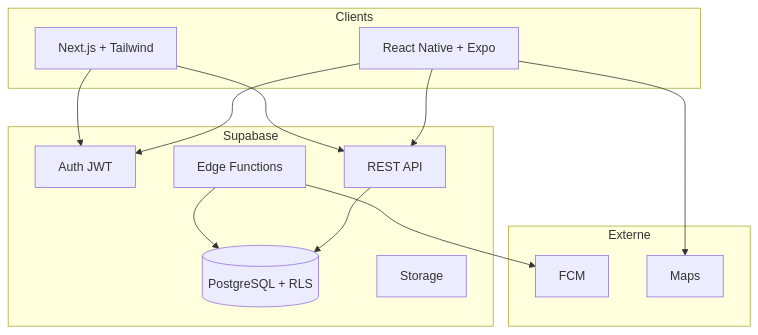
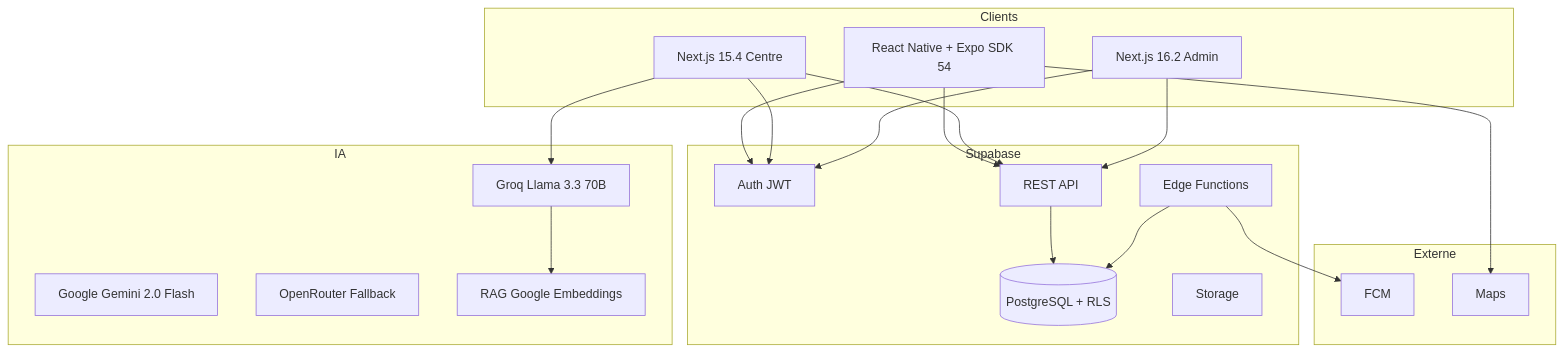
The second of 5 diagrams in docs/CAHIER_DES_CHARGES_V2.md (senmos26/bloodlink), drawn with Mermaid before and after one commit. The commit also changed other lines of this file and 22 other files, not shown here.

````diff
--- a/docs/CAHIER_DES_CHARGES_V2.md
+++ b/docs/CAHIER_DES_CHARGES_V2.md
@@ -232,26 +250,37 @@
 ```mermaid
 graph TB
     subgraph Clients
-        Mobile[React Native + Expo]
-        Web[Next.js + Tailwind]
+        Mobile[React Native + Expo SDK 54]
+        CenterWeb[Next.js 15.4 Centre]
+        AdminWeb[Next.js 16.2 Admin]
     end
     subgraph Supabase
         Auth[Auth JWT]
         DB[(PostgreSQL + RLS)]
         API[REST API]
         EF[Edge Functions]
         Storage[Storage]
     end
+    subgraph IA
+        Groq[Groq Llama 3.3 70B]
+        Gemini[Google Gemini 2.0 Flash]
+        OpenRouter[OpenRouter Fallback]
+        RAG[RAG Google Embeddings]
+    end
     subgraph Externe
         FCM[FCM]
         Maps[Maps]
     end
     Mobile --> API
     Mobile --> Auth
-    Web --> API
-    Web --> Auth
+    CenterWeb --> API
+    CenterWeb --> Auth
+    CenterWeb --> Groq
+    AdminWeb --> API
+    AdminWeb --> Auth
     API --> DB
     EF --> DB
     EF --> FCM
     Mobile --> Maps
+    Groq --> RAG
 ```
````
